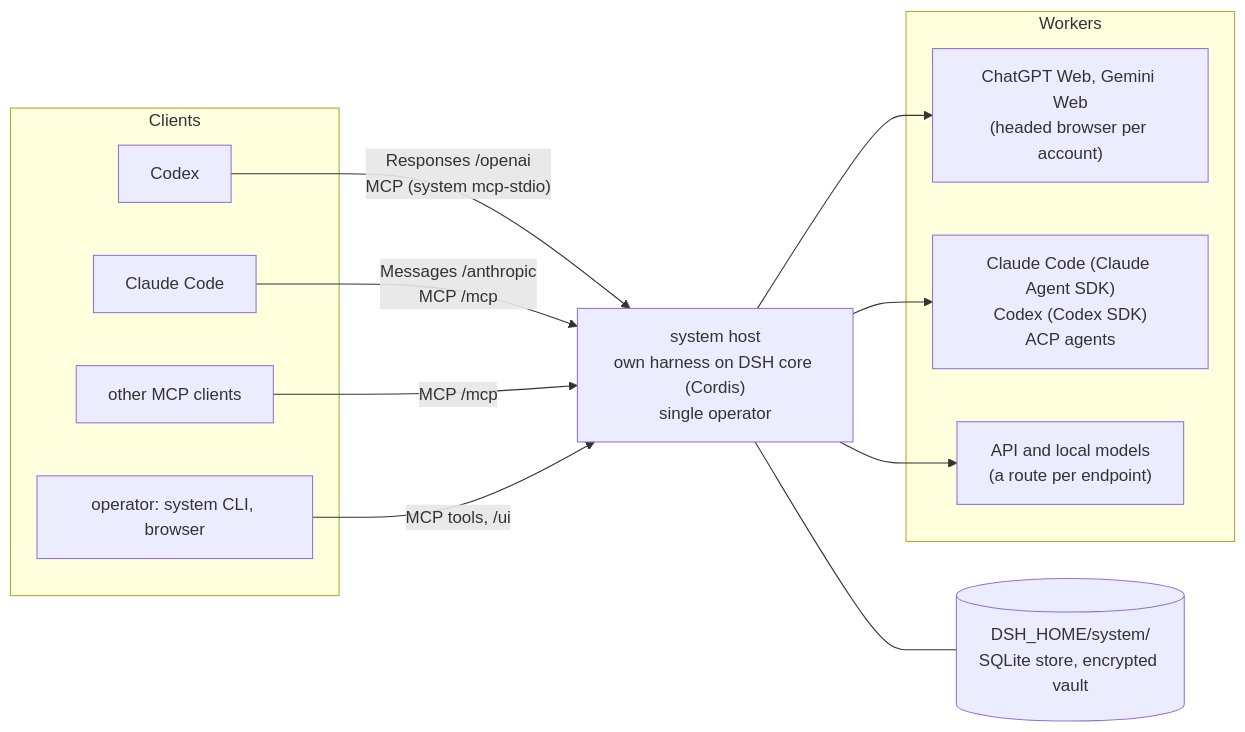
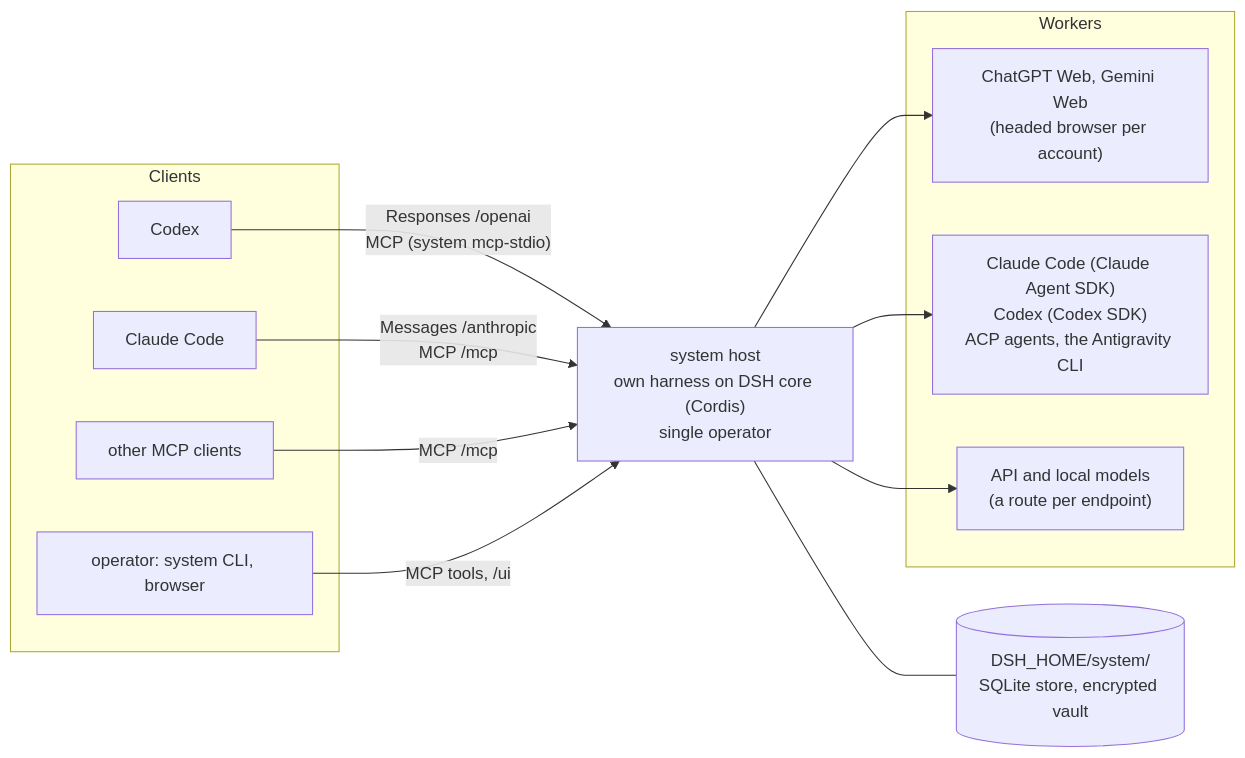
Before and after one commit to tsuuanmi/system: the first of 4 diagrams in docs/architecture/README.md, drawn with Mermaid. The commit also changed other lines of this file and 3 other files, not shown here.

Commit message:
docs(architecture): align components, data flow, and plugin model with code

````diff
--- a/docs/architecture/README.md
+++ b/docs/architecture/README.md
@@ -26,24 +27,24 @@
 ```mermaid
 flowchart LR
   subgraph clients["Clients"]
     codex["Codex"]
     claude["Claude Code"]
     mcpc["other MCP clients"]
     op["operator: system CLI, browser"]
   end
   host["system host<br/>own harness on DSH core (Cordis)<br/>single operator"]
   subgraph workers["Workers"]
     web["ChatGPT Web, Gemini Web<br/>(headed browser per account)"]
-    agents["Claude Code (Claude Agent SDK)<br/>Codex (Codex SDK)<br/>ACP agents"]
+    agents["Claude Code (Claude Agent SDK)<br/>Codex (Codex SDK)<br/>ACP agents, the Antigravity CLI"]
     models["API and local models<br/>(a route per endpoint)"]
   end
   state[("DSH_HOME/system/<br/>SQLite store, encrypted vault")]
   codex -- "Responses /openai<br/>MCP (system mcp-stdio)" --> host
   claude -- "Messages /anthropic<br/>MCP /mcp" --> host
   mcpc -- "MCP /mcp" --> host
   op -- "MCP tools, /ui" --> host
   host --> web
   host --> agents
   host --> models
   host --- state
 ```
````
